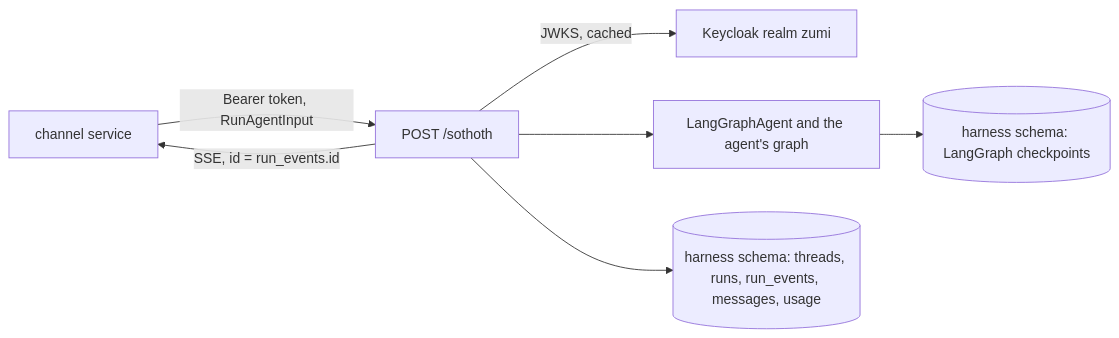
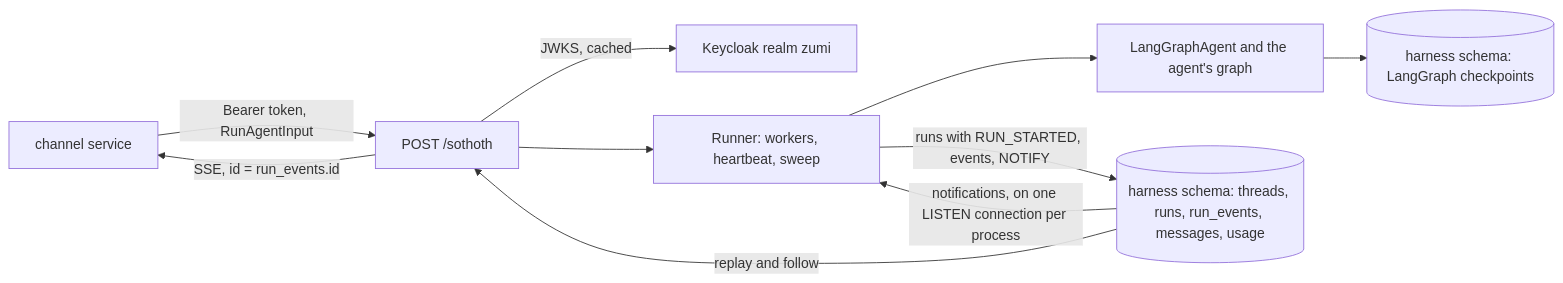
Before and after one commit to kchong0702/zumi: the first of 4 diagrams in apps/harness/docs/architecture/overview.md, drawn with Mermaid. The commit also changed other lines of this file and 18 other files, not shown here.

Commit message:
feat(harness): keep runs going through disconnects, crashes and restarts, with replay, cancel and takeover

````diff
--- a/apps/harness/docs/architecture/overview.md
+++ b/apps/harness/docs/architecture/overview.md
@@ -74,9 +76,12 @@
 ```mermaid
 flowchart LR
   channel[channel service] -- "Bearer token, RunAgentInput" --> router["POST /sothoth"]
   router -- "JWKS, cached" --> keycloak[Keycloak realm zumi]
-  router --> agent[LangGraphAgent and the agent's graph]
+  router --> runner[Runner: workers, heartbeat, sweep]
+  runner --> agent[LangGraphAgent and the agent's graph]
   agent --> checkpointer[(harness schema: LangGraph checkpoints)]
-  router --> tables[(harness schema: threads, runs, run_events, messages, usage)]
+  runner -- "runs with RUN_STARTED, events, NOTIFY" --> tables[(harness schema: threads, runs, run_events, messages, usage)]
+  tables -- "notifications, on one LISTEN connection per process" --> runner
+  tables -- "replay and follow" --> router
   router -- "SSE, id = run_events.id" --> channel
 ```
````
